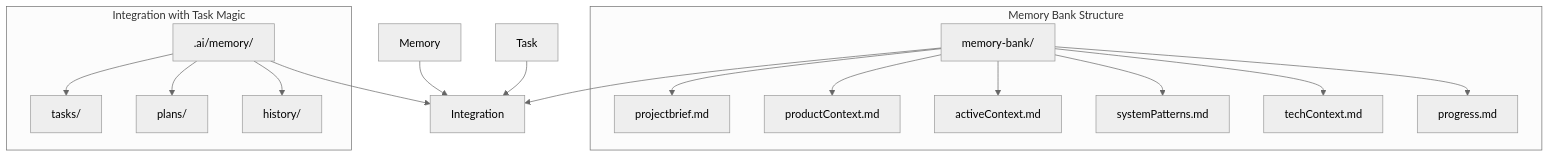
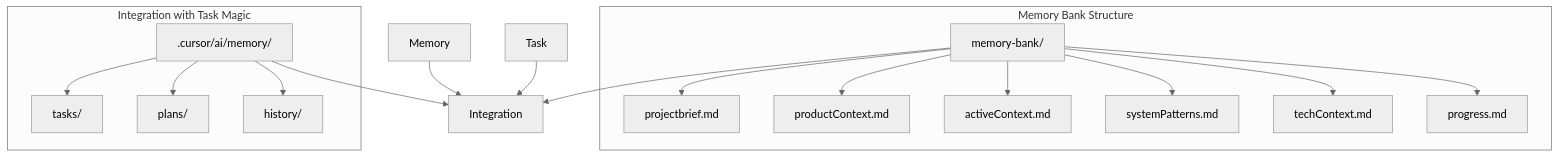
One commit to louisfghbvc/task-management-memory-system changed the third of 12 diagrams in .cursor/rules/memory-bank.mdc. Above: the diagram before and after it, drawn with Mermaid (neutral theme). The commit also changed other lines of this file and 11 other files, not shown here.

````diff
--- a/.cursor/rules/memory-bank.mdc
+++ b/.cursor/rules/memory-bank.mdc
@@ -83,35 +209,35 @@
 ```mermaid
 flowchart TD
     subgraph "Memory Bank Structure"
         MB[memory-bank/]
         PB[projectbrief.md]
         PC[productContext.md]
         AC[activeContext.md]
         SP[systemPatterns.md]
         TC[techContext.md]
         PR[progress.md]
         
         MB --> PB
         MB --> PC
         MB --> AC
         MB --> SP
         MB --> TC
         MB --> PR
     end
     
     subgraph "Integration with Task Magic"
-        TM[.ai/memory/]
+        TM[.cursor/ai/memory/]
         TMT[tasks/]
         TMP[plans/]
         TMM[history/]
         
         TM --> TMT
         TM --> TMP
         TM --> TMM
     end
     
     Memory --> Integration
     Task --> Integration
     MB --> Integration
     TM --> Integration
 ```
````
